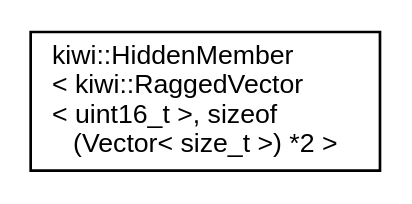
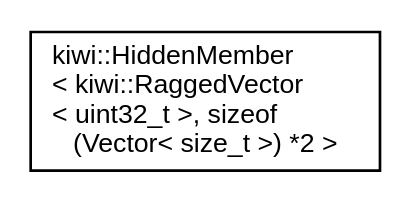
One commit to bab2min/Kiwi changed the diagram in inherit_graph_27.dot. Above: the diagram before and after it, drawn with Graphviz. The commit also changed 14 other files, not shown here.

```diff
--- a/inherit_graph_27.dot
+++ b/inherit_graph_27.dot
@@ -1,8 +1,8 @@
 digraph "Graphical Class Hierarchy"
 {
  // LATEX_PDF_SIZE
   edge [fontname="Helvetica",fontsize="10",labelfontname="Helvetica",labelfontsize="10"];
   node [fontname="Helvetica",fontsize="10",shape=record];
   rankdir="LR";
-  Node0 [label="kiwi::HiddenMember\l\< kiwi::RaggedVector\l\< uint16_t \>, sizeof\l(Vector\< size_t \>) *2 \>",height=0.2,width=0.4,color="black", fillcolor="white", style="filled",URL="$classkiwi_1_1HiddenMember.html",tooltip=" "];
+  Node0 [label="kiwi::HiddenMember\l\< kiwi::RaggedVector\l\< uint32_t \>, sizeof\l(Vector\< size_t \>) *2 \>",height=0.2,width=0.4,color="black", fillcolor="white", style="filled",URL="$classkiwi_1_1HiddenMember.html",tooltip=" "];
 }
```
